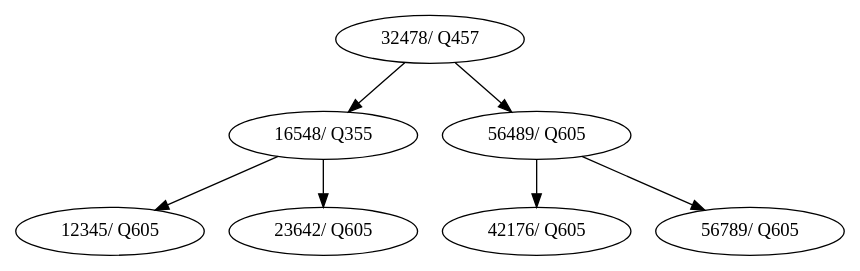
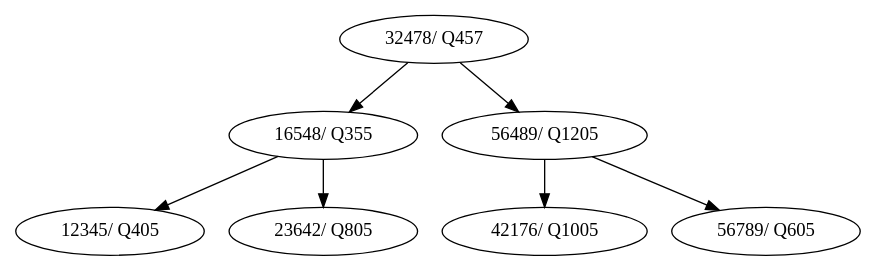
Before and after one commit to EstrellitaArmas/Proyecto2s22017_201212919: the diagram in arbolAVLSistemaPago.dot, drawn with Graphviz. The commit also changed 18 other files, not shown here.

```diff
--- a/arbolAVLSistemaPago.dot
+++ b/arbolAVLSistemaPago.dot
@@ -1,16 +1,16 @@
 digraph G{
 nodo_32478 [label="32478/ Q457"]
 nodo_32478 -> nodo_16548
 nodo_16548 [label="16548/ Q355"]
 nodo_16548 -> nodo_12345
-nodo_12345 [label="12345/ Q605"]
+nodo_12345 [label="12345/ Q405"]
 nodo_16548 -> nodo_23642
-nodo_23642 [label="23642/ Q605"]
+nodo_23642 [label="23642/ Q805"]
 nodo_32478 -> nodo_56489
-nodo_56489 [label="56489/ Q605"]
+nodo_56489 [label="56489/ Q1205"]
 nodo_56489 -> nodo_42176
-nodo_42176 [label="42176/ Q605"]
+nodo_42176 [label="42176/ Q1005"]
 nodo_56489 -> nodo_56789
 nodo_56789 [label="56789/ Q605"]
 
 }
```
